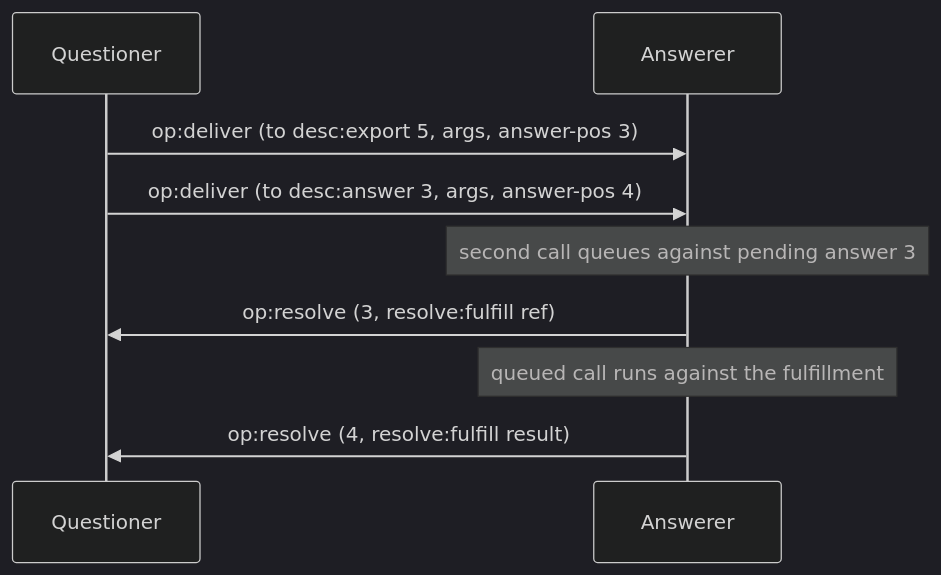
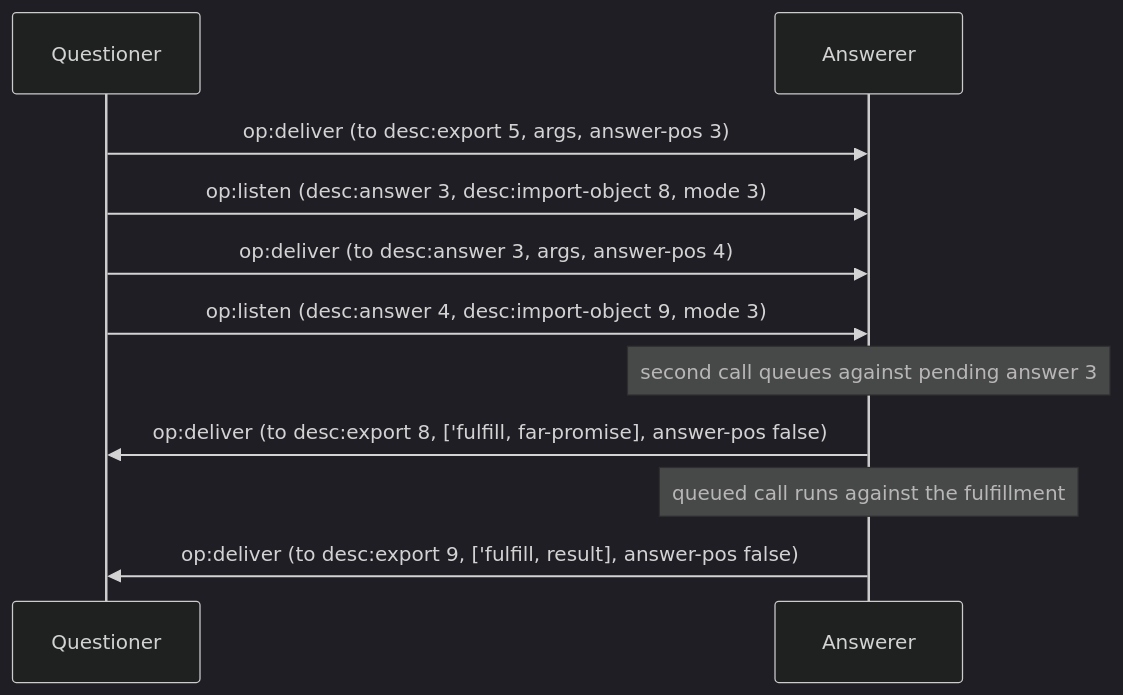
Before and after one commit to glowcap-org/glowcap: the second of 7 diagrams in docs/protocol-diagrams/03-promises-and-pipelining.md, drawn with Mermaid (dark theme). The commit also changed other lines of this file and 920 other files, not shown here.

````diff
--- a/docs/protocol-diagrams/03-promises-and-pipelining.md
+++ b/docs/protocol-diagrams/03-promises-and-pipelining.md
@@ -28,11 +31,13 @@
 ```mermaid
 sequenceDiagram
     participant Q as Questioner
     participant R as Answerer
     Q->>R: op:deliver (to desc:export 5, args, answer-pos 3)
+    Q->>R: op:listen (desc:answer 3, desc:import-object 8, mode 3)
     Q->>R: op:deliver (to desc:answer 3, args, answer-pos 4)
+    Q->>R: op:listen (desc:answer 4, desc:import-object 9, mode 3)
     Note over R: second call queues against pending answer 3
-    R->>Q: op:resolve (3, resolve:fulfill ref)
+    R->>Q: op:deliver (to desc:export 8, ['fulfill, far-promise], answer-pos false)
     Note over R: queued call runs against the fulfillment
-    R->>Q: op:resolve (4, resolve:fulfill result)
+    R->>Q: op:deliver (to desc:export 9, ['fulfill, result], answer-pos false)
 ```
````
